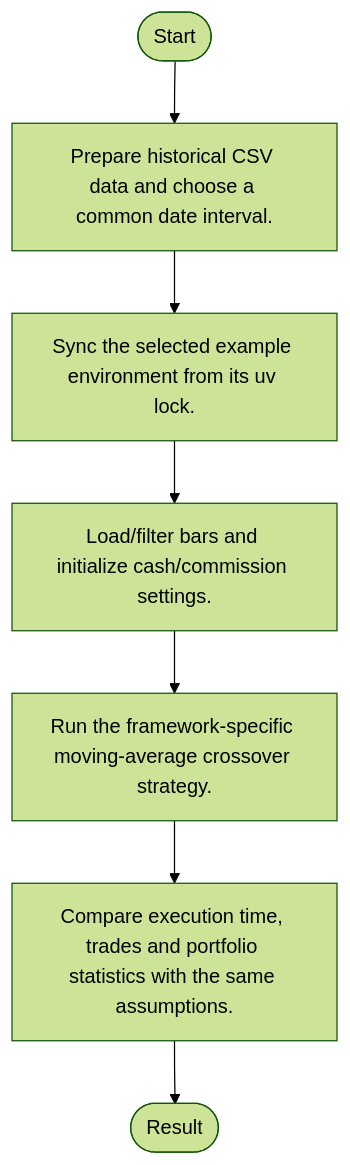
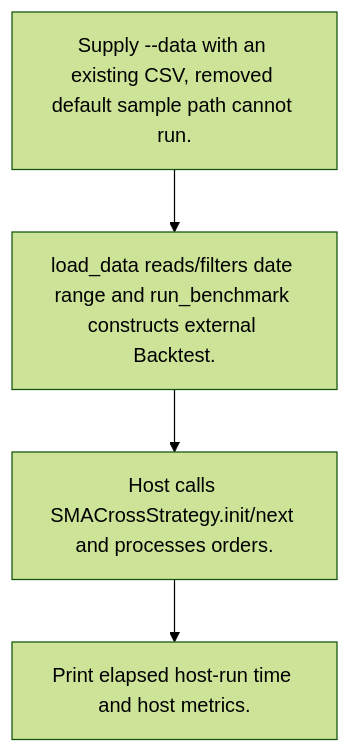
One commit to alexcwyu/trading-system-comparison changed the third of 4 diagrams in docs/ayu-develop.md. Above: the diagram before and after it, drawn with Mermaid (forest theme). The commit also changed other lines of this file and 14 other files, not shown here.

````diff
--- a/docs/ayu-develop.md
+++ b/docs/ayu-develop.md
@@ -83,15 +154,10 @@
 ```mermaid
 flowchart TD
-  Start(["Start"])
-  W0["Prepare historical CSV data and choose a common date interval."]
-  W1["Sync the selected example environment from its uv lock."]
-  W2["Load/filter bars and initialize cash/commission settings."]
-  W3["Run the framework-specific moving-average crossover strategy."]
-  W4["Compare execution time, trades and portfolio statistics with the same assumptions."]
-  Start --> W0
+  W0["Supply --data with an existing CSV, removed default sample path cannot run."]
+  W1["load_data reads/filters date range and run_benchmark constructs external Backtest."]
   W0 --> W1
+  W2["Host calls SMACrossStrategy.init/next and processes orders."]
   W1 --> W2
+  W3["Print elapsed host-run time and host metrics."]
   W2 --> W3
-  W3 --> W4
-  W4 --> Finish(["Result"])
 ```
````
